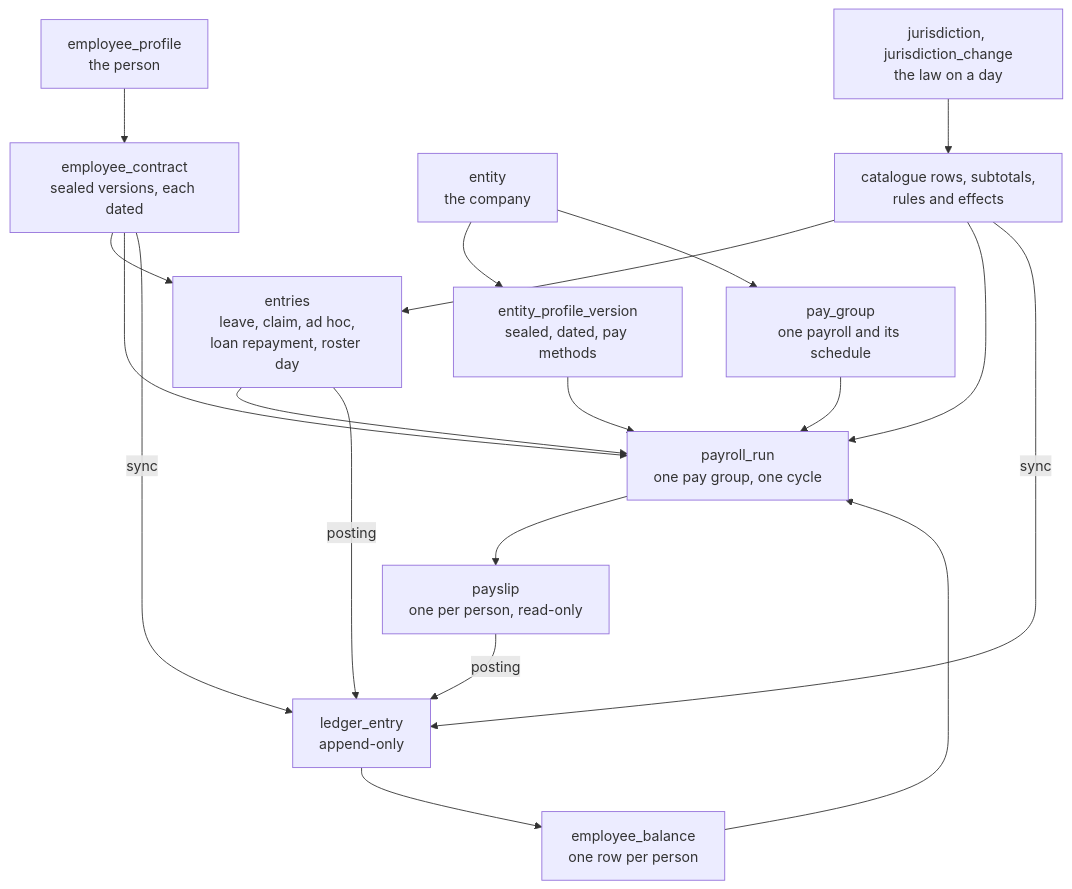
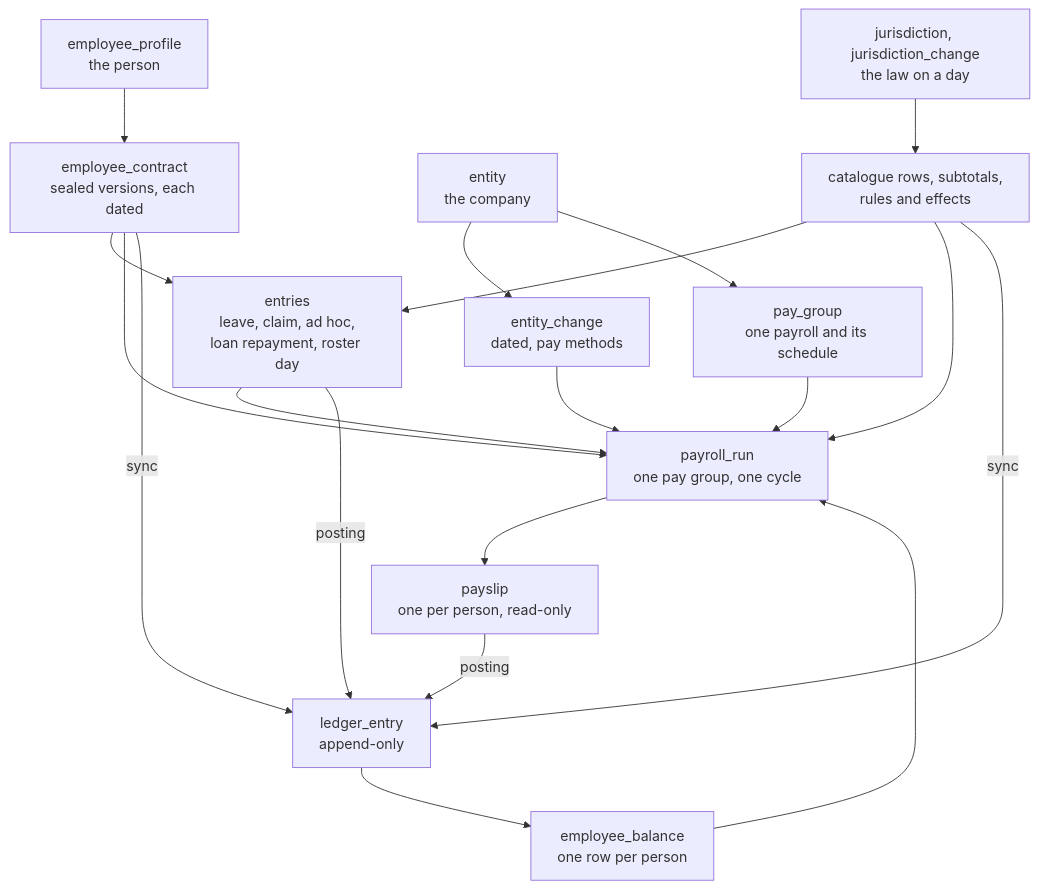
One commit to norbital-ai/templates changed the first of 4 diagrams in hrms/docs/0001-hrms-calculation-architecture.md. Above: the diagram before and after it, drawn with Mermaid. The commit also changed other lines of this file and 71 other files, not shown here.

First line of the commit message:
HRMS: a company is plain fields and dated changes (RFC 0011 step 3)

````diff
--- a/hrms/docs/0001-hrms-calculation-architecture.md
+++ b/hrms/docs/0001-hrms-calculation-architecture.md
@@ -199,21 +199,21 @@
 ```mermaid
 flowchart TD
   person[employee_profile<br/>the person] --> contract[employee_contract<br/>sealed versions, each dated]
-  entity[entity<br/>the company] --> version[entity_profile_version<br/>sealed, dated, pay methods]
+  entity[entity<br/>the company] --> change[entity_change<br/>dated, pay methods]
   entity --> group[pay_group<br/>one payroll and its schedule]
   law[jurisdiction, jurisdiction_change<br/>the law on a day] --> rows[catalogue rows, subtotals,<br/>rules and effects]
   contract --> entries[entries<br/>leave, claim, ad hoc,<br/>loan repayment, roster day]
   rows --> entries
   contract --> run[payroll_run<br/>one pay group, one cycle]
-  version --> run
+  change --> run
   group --> run
   rows --> run
   entries --> run
   run --> payslip[payslip<br/>one per person, read-only]
   entries -- posting --> ledger[ledger_entry<br/>append-only]
   payslip -- posting --> ledger
   contract -- sync --> ledger
   rows -- sync --> ledger
   ledger --> balance[employee_balance<br/>one row per person]
   balance --> run
 ```
````
